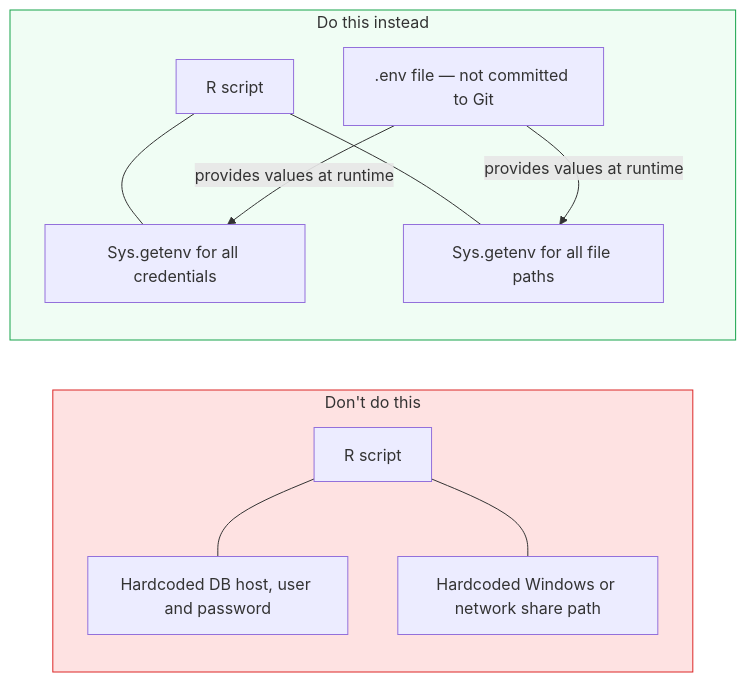
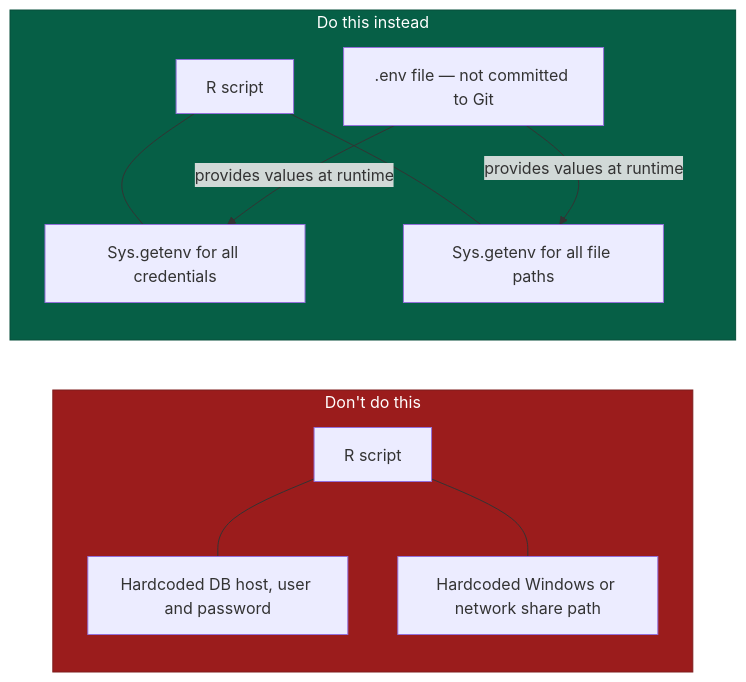
Before and after one commit to Ch3w3y/docker_gcp: the diagram in docs/code-readiness.md, drawn with Mermaid. The commit also changed 11 other files, not shown here.

First line of the commit message:
Fix/mermaid contrast and linebreaks (#17)

````diff
--- a/docs/code-readiness.md
+++ b/docs/code-readiness.md
@@ -13,26 +13,26 @@
 ```mermaid
 flowchart LR
     subgraph BAD["Don't do this"]
         direction TB
         B1["R script"]
         B2["Hardcoded DB host, user and password"]
         B3["Hardcoded Windows or network share path"]
         B1 --- B2
         B1 --- B3
     end
 
     subgraph GOOD["Do this instead"]
         direction TB
         G1["R script"]
         G2["Sys.getenv for all credentials"]
         G3["Sys.getenv for all file paths"]
         G4[".env file — not committed to Git"]
         G1 --- G2
         G1 --- G3
         G4 -->|"provides values at runtime"| G2
         G4 -->|"provides values at runtime"| G3
     end
 
-    style BAD fill:#fee2e2,stroke:#dc2626
-    style GOOD fill:#f0fdf4,stroke:#16a34a
+    style BAD fill:#9b1c1c,stroke:#7f1d1d,color:#ffffff
+    style GOOD fill:#065f46,stroke:#064e3b,color:#ffffff
 ```
````
